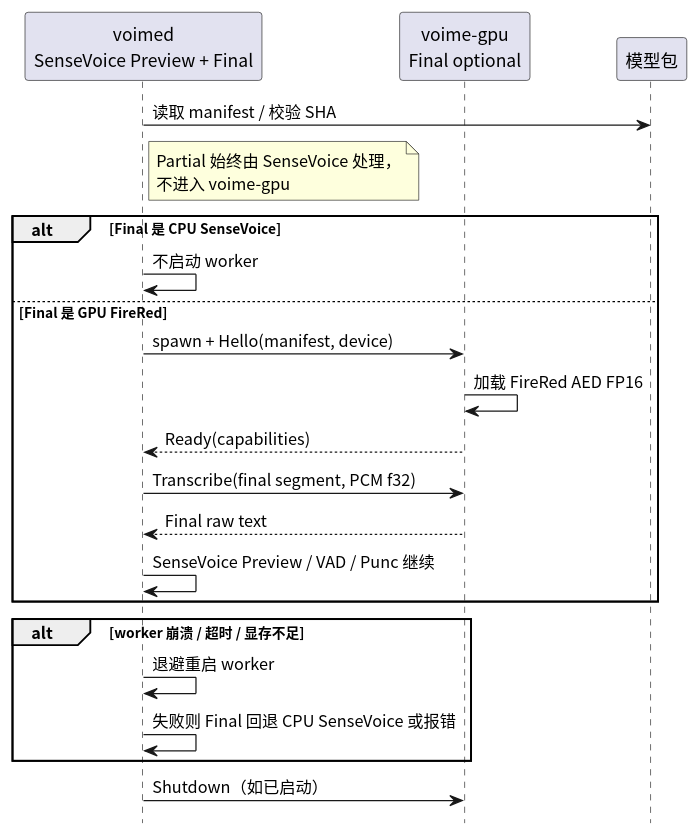
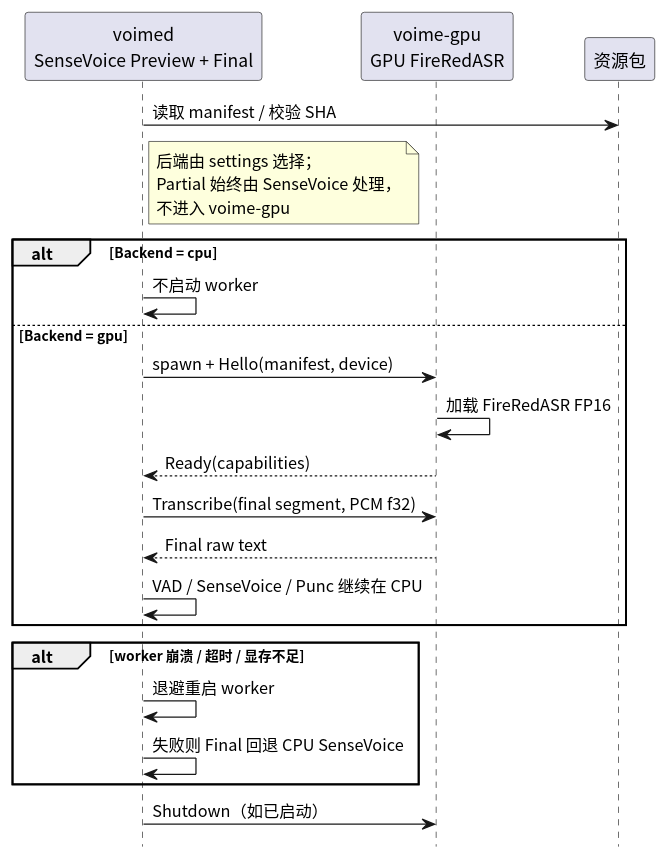
Before and after one commit to 54m43lJ/voime: the diagram in crates/voimed/diagram/gpu-worker.puml, drawn with PlantUML. The commit also changed 127 other files, not shown here.

```diff
--- a/crates/voimed/diagram/gpu-worker.puml
+++ b/crates/voimed/diagram/gpu-worker.puml
@@ -1,30 +1,31 @@
 @startuml
 skinparam defaultFontName "Noto Sans CJK SC"
 skinparam shadowing false
 hide footbox
 
 participant "voimed\nSenseVoice Preview + Final" as Daemon
-participant "voime-gpu\nFinal optional" as Worker
-participant "模型包" as Package
+participant "voime-gpu\nGPU FireRedASR" as Worker
+participant "资源包" as Package
 
 Daemon -> Package : 读取 manifest / 校验 SHA
 note right of Daemon
+  后端由 settings 选择；
   Partial 始终由 SenseVoice 处理，
   不进入 voime-gpu
 end note
-alt Final 是 CPU SenseVoice
+alt Backend = cpu
   Daemon -> Daemon : 不启动 worker
-else Final 是 GPU FireRed
+else Backend = gpu
   Daemon -> Worker : spawn + Hello(manifest, device)
-  Worker -> Worker : 加载 FireRed AED FP16
+  Worker -> Worker : 加载 FireRedASR FP16
   Worker --> Daemon : Ready(capabilities)
   Daemon -> Worker : Transcribe(final segment, PCM f32)
   Worker --> Daemon : Final raw text
-  Daemon -> Daemon : SenseVoice Preview / VAD / Punc 继续
+  Daemon -> Daemon : VAD / SenseVoice / Punc 继续在 CPU
 end
 alt worker 崩溃 / 超时 / 显存不足
   Daemon -> Daemon : 退避重启 worker
-  Daemon -> Daemon : 失败则 Final 回退 CPU SenseVoice 或报错
+  Daemon -> Daemon : 失败则 Final 回退 CPU SenseVoice
 end
 Daemon -> Worker : Shutdown（如已启动）
 @enduml
```
